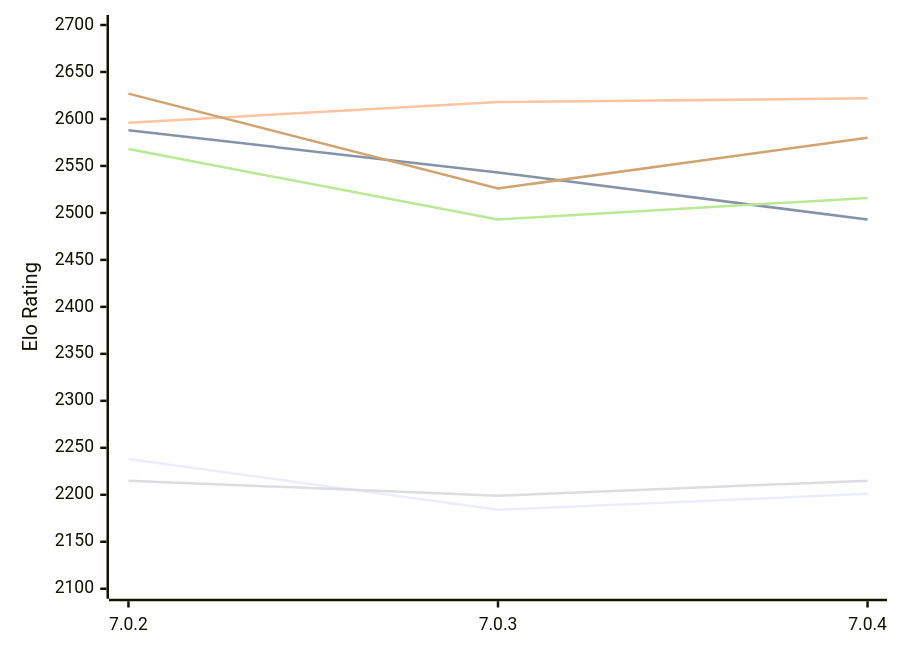
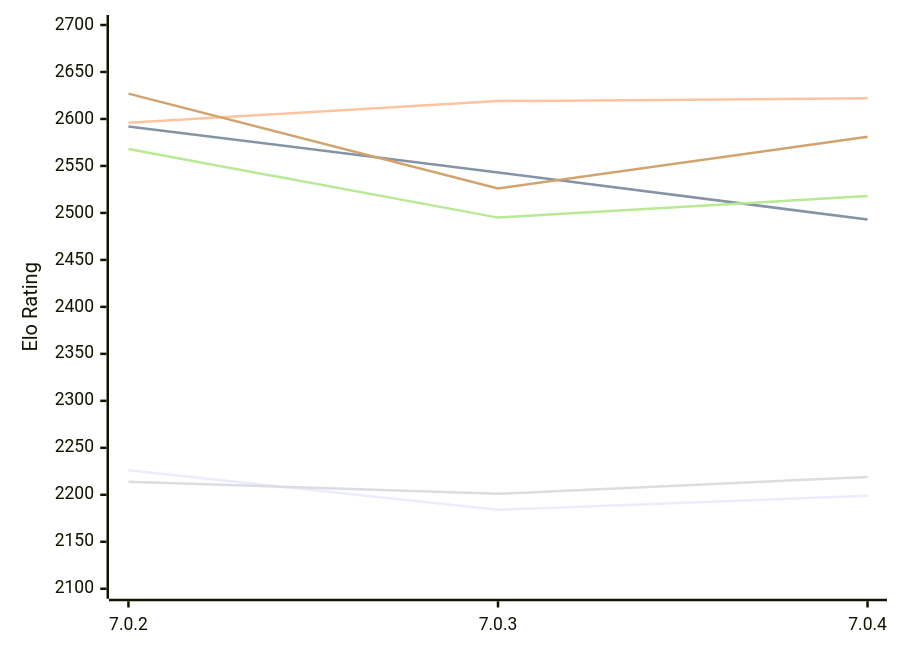
The diagram in engines/Buster.md (computer-chess-index/cci), drawn with Mermaid before and after one commit. The commit also changed other lines of this file, not shown here.

Commit message:
Update CCI Ratings (ELO VLTC) - 2026-11-28

````diff
--- a/engines/Buster.md
+++ b/engines/Buster.md
@@ -51,12 +51,12 @@
 ```mermaid
 %%{init: {"theme":"base","themeVariables":{"seriesColors:['#a3a3a3','#222221','#faa371']}}}%%
 xychart-beta
   x-axis ["7.0.2", "7.0.3", "7.0.4"]
   y-axis "Elo Rating" 2100 --> 2700
-  line "E1: STC (8.0+0.08s)" [2238, 2184, 2201]
-  line "E1: LTC (60.0+0.60s)" [2588, 2543, 2493]
-  line "E1: VLTC (2m24s+1.12s)" [2596, 2618, 2622]
-  line "P1: STC (8.0+0.08s)" [2215, 2199, 2215]
-  line "P1: LTC (60.0+0.60s)" [2568, 2493, 2516]
-  line "P1: VLTC (2m24s+1.12s)" [2627, 2526, 2580]
+  line "E1: STC (8.0+0.08s)" [2226, 2184, 2199]
+  line "E1: LTC (60.0+0.60s)" [2592, 2543, 2493]
+  line "E1: VLTC (2m24s+1.12s)" [2596, 2619, 2622]
+  line "P1: STC (8.0+0.08s)" [2214, 2201, 2219]
+  line "P1: LTC (60.0+0.60s)" [2568, 2495, 2518]
+  line "P1: VLTC (2m24s+1.12s)" [2627, 2526, 2581]
 ```
````
